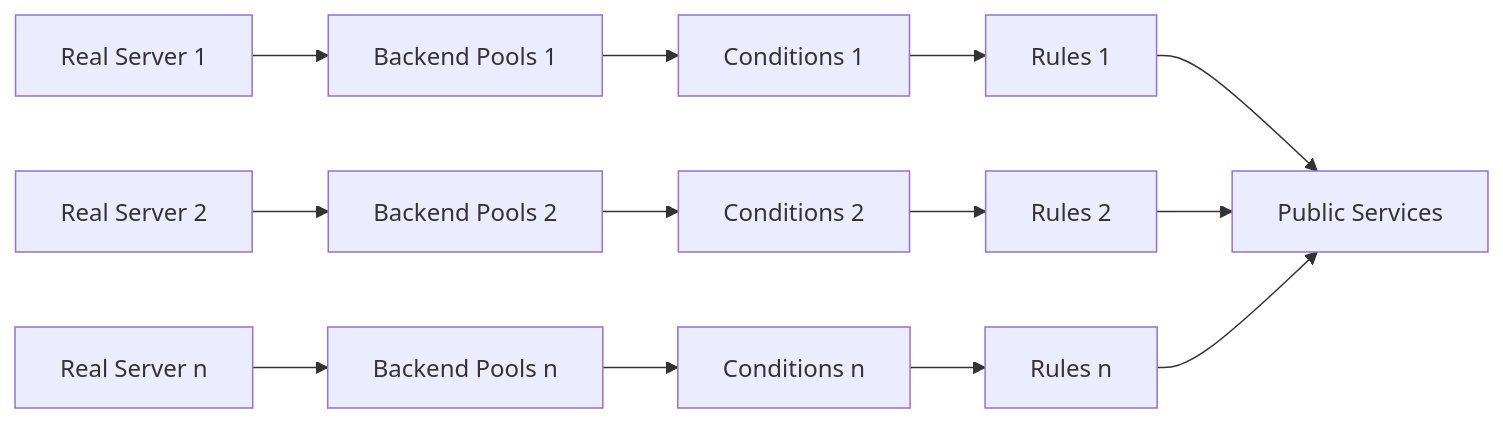
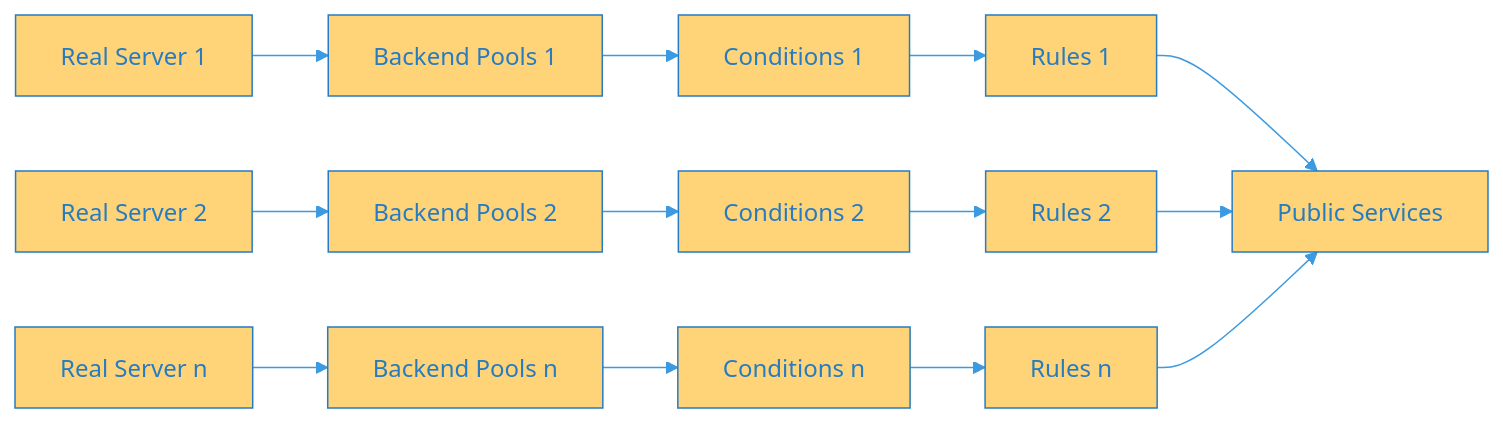
One commit to zhangtai/hugo.zhangt.ai changed the diagram in content/post/2022/homelab-service-expose-with-haproxy.md. Above: the diagram before and after it, drawn with Mermaid. The commit also changed other lines of this file, not shown here.

Commit message:
Update mermaid theme

````diff
--- a/content/post/2022/homelab-service-expose-with-haproxy.md
+++ b/content/post/2022/homelab-service-expose-with-haproxy.md
@@ -68,15 +69,28 @@
 ```mermaid
+%%{
+  init: {
+    'theme': 'base',
+    'themeVariables': {
+      'primaryColor': '#ffd479',
+      'primaryTextColor': '#277BC0',
+      'primaryBorderColor': '#277BC0',
+      'lineColor': '#3B9AE1',
+      'secondaryColor': '#006100',
+      'tertiaryColor': '#fff'
+    }
+  }
+}%%
 graph LR
     rs1[Real Server 1] --> bp1[Backend Pools 1]
     bp1 --> con1[Conditions 1]
     con1 --> ru1[Rules 1]
     rs2[Real Server 2] --> bp2[Backend Pools 2]
     bp2 --> con2[Conditions 2]
     con2 --> ru2[Rules 2]
     rsn[Real Server n] --> bpn[Backend Pools n]
     bpn --> conn[Conditions n]
     conn --> run[Rules n]
     ru1 --> ps[Public Services]
     ru2 --> ps
     run --> ps
 ```
````
